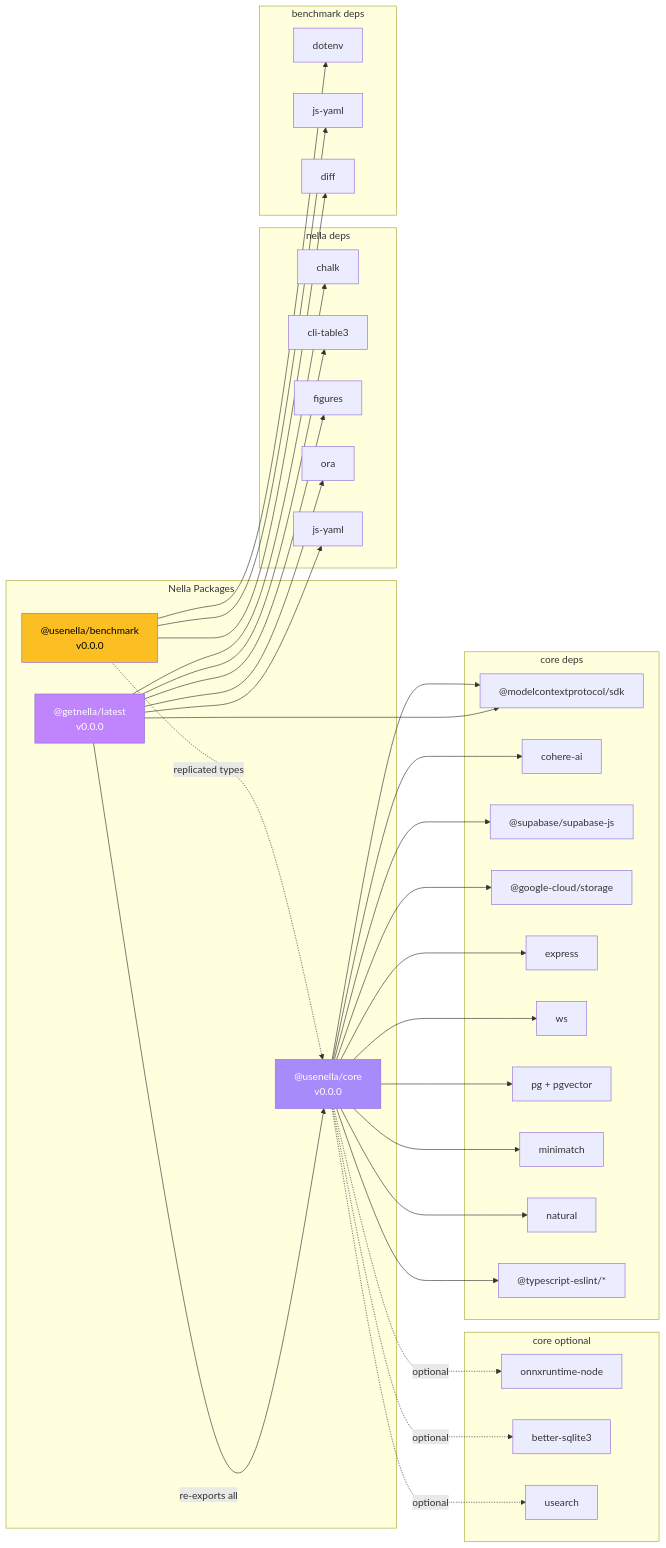
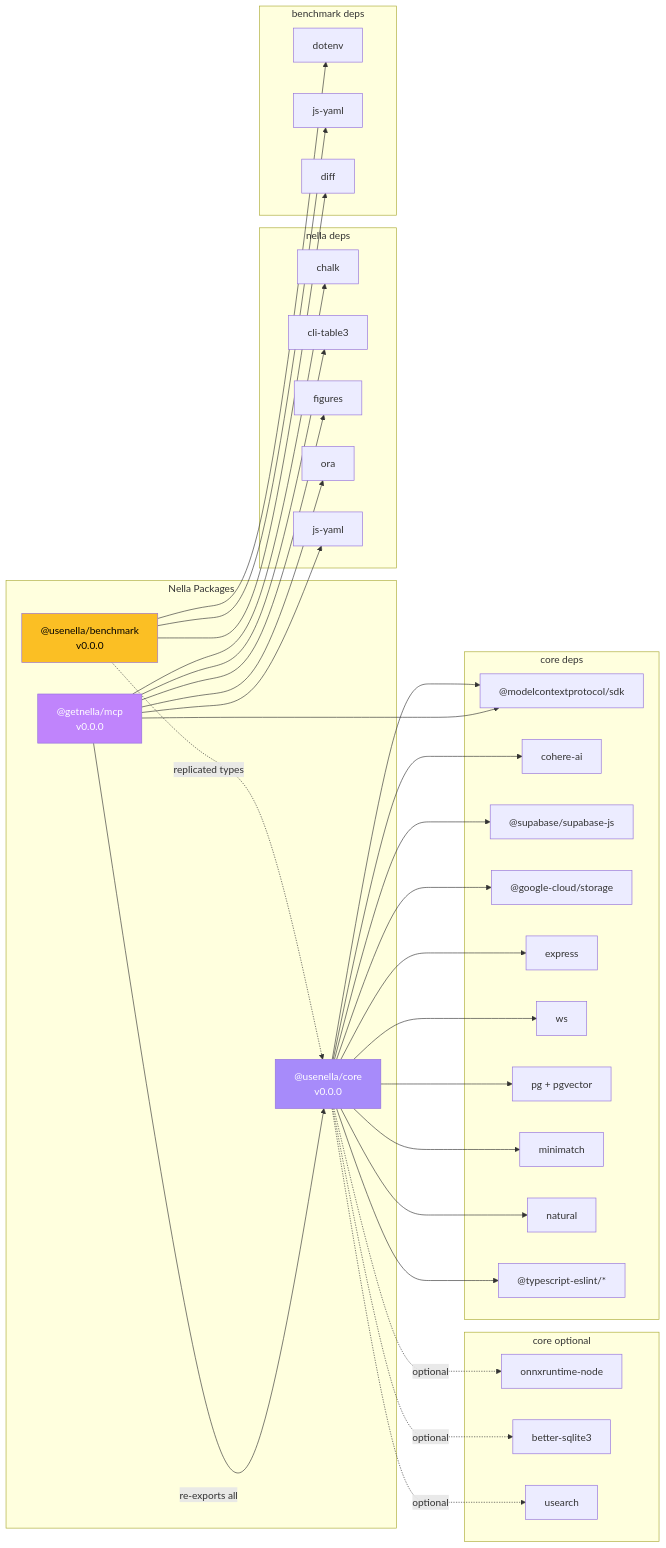
The third of 24 diagrams in docs/architecture.md (nella-labs/nella), drawn with Mermaid before and after one commit. The commit also changed other lines of this file and 36 other files, not shown here.

First line of the commit message:
refactor: rename package from @getnella/latest to @getnella/mcp

````diff
--- a/docs/architecture.md
+++ b/docs/architecture.md
@@ -128,72 +128,72 @@
 ```mermaid
 graph LR
     subgraph packages["Nella Packages"]
-        nella["@getnella/latest<br/>v0.0.0"]
+        nella["@getnella/mcp<br/>v0.0.0"]
         core["@usenella/core<br/>v0.0.0"]
         bench["@usenella/benchmark<br/>v0.0.0"]
     end
 
     subgraph nella_deps["nella deps"]
         chalk["chalk"]
         cli_table["cli-table3"]
         figures["figures"]
         ora["ora"]
         jsyaml1["js-yaml"]
     end
 
     subgraph core_deps["core deps"]
         mcp_sdk["@modelcontextprotocol/sdk"]
         cohere["cohere-ai"]
         supabase_js["@supabase/supabase-js"]
         gcs["@google-cloud/storage"]
         express["express"]
         ws_lib["ws"]
         pg["pg + pgvector"]
         minimatch["minimatch"]
         natural["natural"]
         ts_eslint["@typescript-eslint/*"]
     end
 
     subgraph core_optional["core optional"]
         onnx["onnxruntime-node"]
         sqlite["better-sqlite3"]
         usearch["usearch"]
     end
 
     subgraph bench_deps["benchmark deps"]
         dotenv["dotenv"]
         jsyaml2["js-yaml"]
         diff_lib["diff"]
     end
 
     nella -->|"re-exports all"| core
     nella --> mcp_sdk
     nella --> chalk
     nella --> cli_table
     nella --> figures
     nella --> ora
     nella --> jsyaml1
 
     core --> mcp_sdk
     core --> cohere
     core --> supabase_js
     core --> gcs
     core --> express
     core --> ws_lib
     core --> pg
     core --> minimatch
     core --> natural
     core --> ts_eslint
     core -.->|"optional"| onnx
     core -.->|"optional"| sqlite
     core -.->|"optional"| usearch
 
     bench -.->|"replicated types"| core
     bench --> dotenv
     bench --> jsyaml2
     bench --> diff_lib
 
     style nella fill:#c084fc,color:#fff
     style core fill:#a78bfa,color:#fff
     style bench fill:#fbbf24,color:#000
 ```
````
